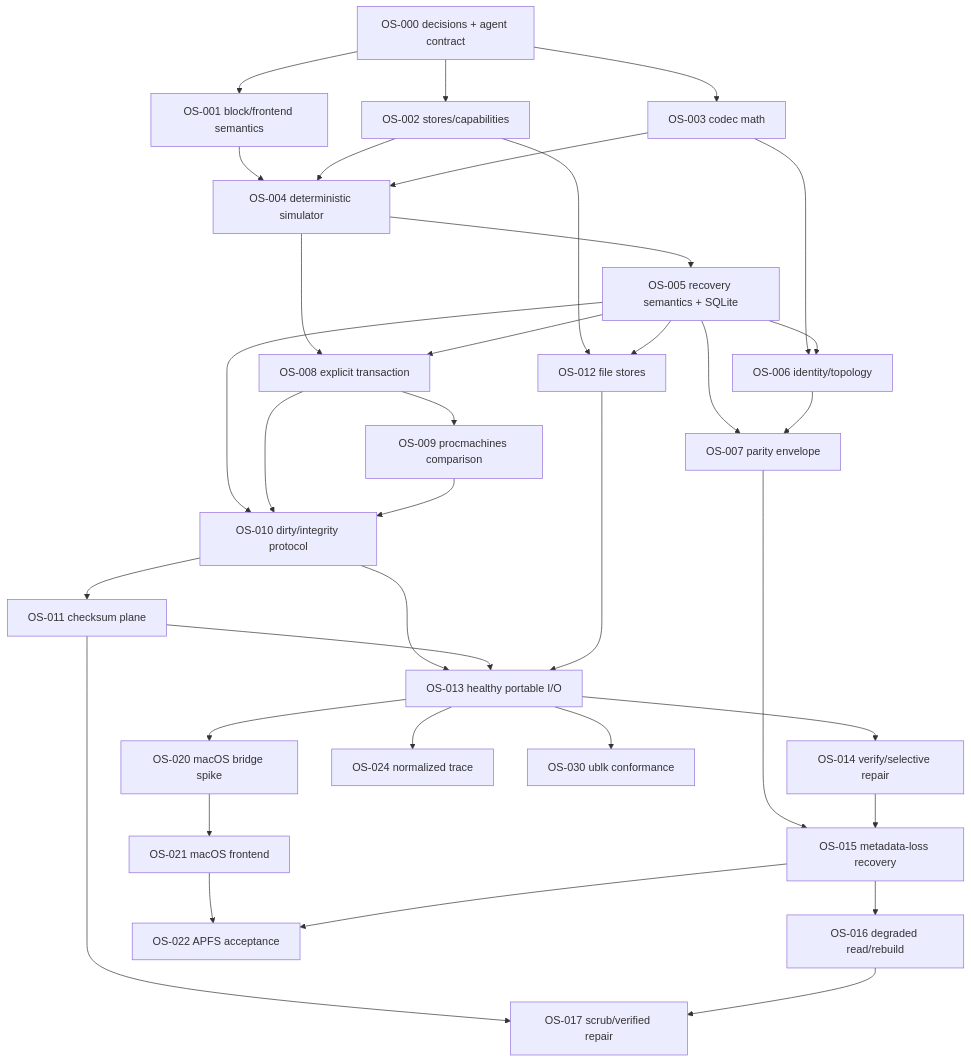
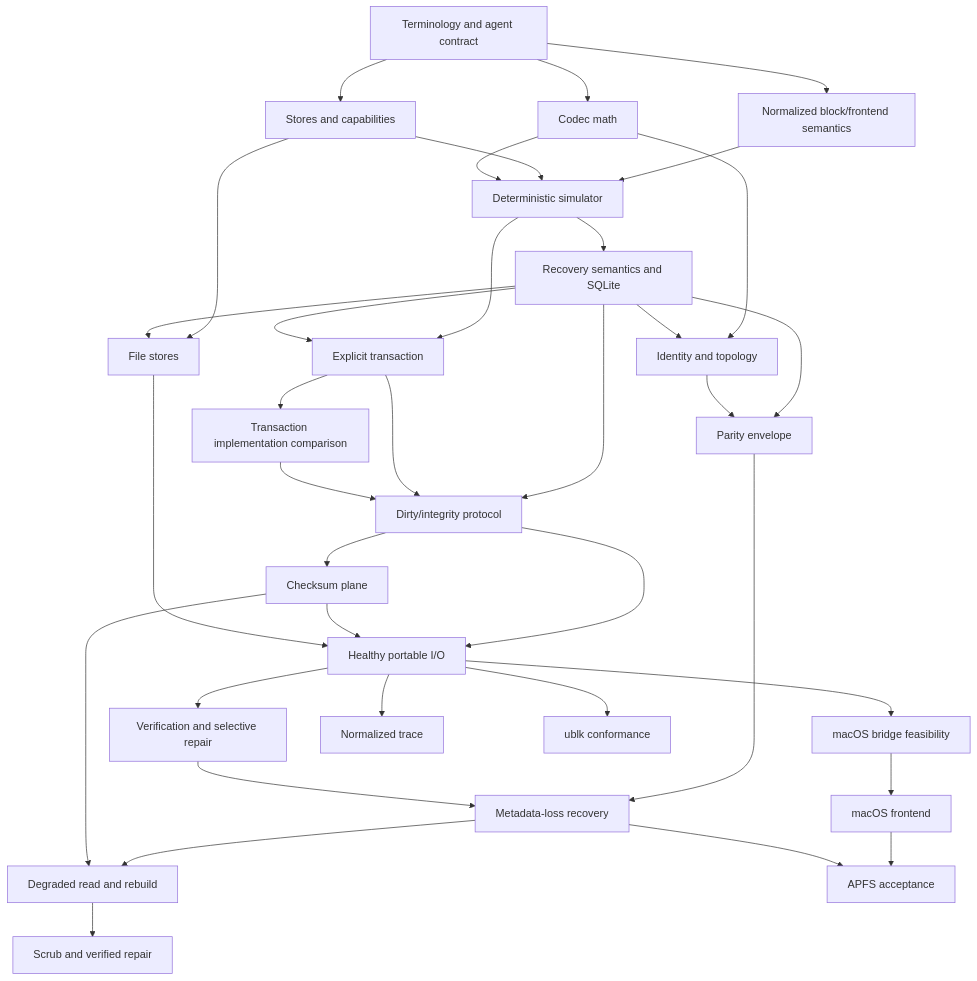
Diagram 22 of 23 in docs/architecture/diskweave-architecture-roadmap-v0.8.md (dvicory/DiskWeave), drawn with Mermaid before and after one commit. The commit also changed other lines of this file and 89 other files, not shown here.

````diff
--- a/docs/architecture/diskweave-architecture-roadmap-v0.8.md
+++ b/docs/architecture/diskweave-architecture-roadmap-v0.8.md
@@ -3067,38 +3066,39 @@
 ```mermaid
 flowchart TD
-    O000[OS-000 decisions + agent contract] --> O001[OS-001 block/frontend semantics]
-    O000 --> O002[OS-002 stores/capabilities]
-    O000 --> O003[OS-003 codec math]
-    O001 --> O004[OS-004 deterministic simulator]
-    O002 --> O004
-    O003 --> O004
-    O004 --> O005[OS-005 recovery semantics + SQLite]
-    O003 --> O006[OS-006 identity/topology]
-    O005 --> O006
-    O005 --> O007[OS-007 parity envelope]
-    O006 --> O007
-    O004 --> O008[OS-008 explicit transaction]
-    O005 --> O008
-    O008 --> O009[OS-009 procmachines comparison]
-    O005 --> O010[OS-010 dirty/integrity protocol]
-    O008 --> O010
-    O009 --> O010
-    O010 --> O011[OS-011 checksum plane]
-    O002 --> O012[OS-012 file stores]
-    O005 --> O012
-    O010 --> O013[OS-013 healthy portable I/O]
-    O011 --> O013
-    O012 --> O013
-    O013 --> O014[OS-014 verify/selective repair]
-    O007 --> O015[OS-015 metadata-loss recovery]
-    O014 --> O015
-    O015 --> O016[OS-016 degraded read/rebuild]
-    O011 --> O017[OS-017 scrub/verified repair]
-    O016 --> O017
-    O013 --> O020[OS-020 macOS bridge spike]
-    O020 --> O021[OS-021 macOS frontend]
-    O021 --> O022[OS-022 APFS acceptance]
-    O015 --> O022
-    O013 --> O024[OS-024 normalized trace]
-    O013 --> O030[OS-030 ublk conformance]
+    terminology[Terminology and agent contract] --> block_semantics[Normalized block/frontend semantics]
+    terminology --> stores[Stores and capabilities]
+    terminology --> codec_math[Codec math]
+    block_semantics --> simulator[Deterministic simulator]
+    stores --> simulator
+    codec_math --> simulator
+    simulator --> recovery_state[Recovery semantics and SQLite]
+    codec_math --> topology_identity[Identity and topology]
+    recovery_state --> topology_identity
+    recovery_state --> parity_envelope[Parity envelope]
+    topology_identity --> parity_envelope
+    simulator --> transaction[Explicit transaction]
+    recovery_state --> transaction
+    transaction --> transaction_comparison[Transaction implementation comparison]
+    recovery_state --> integrity_protocol[Dirty/integrity protocol]
+    transaction --> integrity_protocol
+    transaction_comparison --> integrity_protocol
+    integrity_protocol --> checksum[Checksum plane]
+    stores --> file_stores[File stores]
+    recovery_state --> file_stores
+    integrity_protocol --> healthy_io[Healthy portable I/O]
+    checksum --> healthy_io
+    file_stores --> healthy_io
+    healthy_io --> verify_repair[Verification and selective repair]
+    parity_envelope --> metadata_recovery[Metadata-loss recovery]
+    verify_repair --> metadata_recovery
+    metadata_recovery --> degraded_rebuild[Degraded read and rebuild]
+    checksum --> degraded_rebuild
+    degraded_rebuild --> scrub_repair[Scrub and verified repair]
+    macos_bridge[macOS bridge feasibility]
+    healthy_io --> macos_bridge
+    macos_bridge --> macos_frontend[macOS frontend]
+    macos_frontend --> apfs_acceptance[APFS acceptance]
+    metadata_recovery --> apfs_acceptance
+    healthy_io --> normalized_trace[Normalized trace]
+    healthy_io --> ublk_conformance[ublk conformance]
 ```
````
